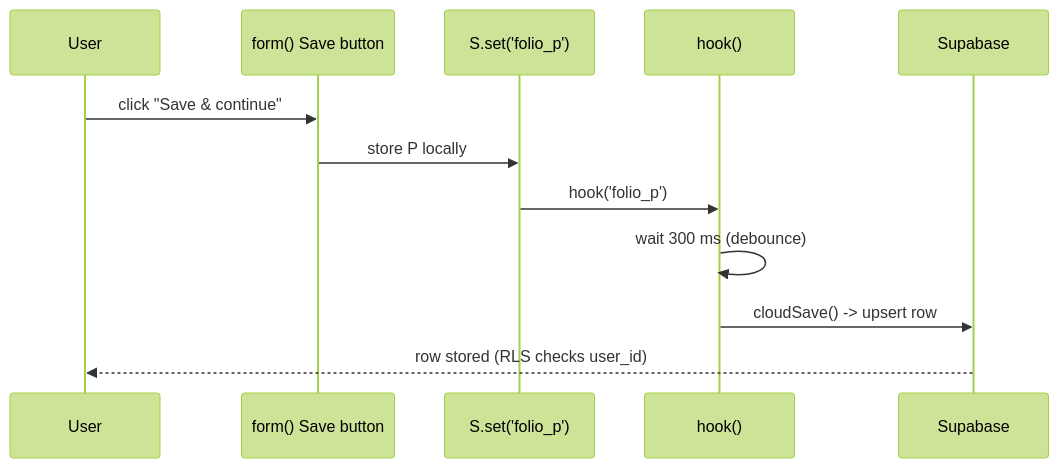
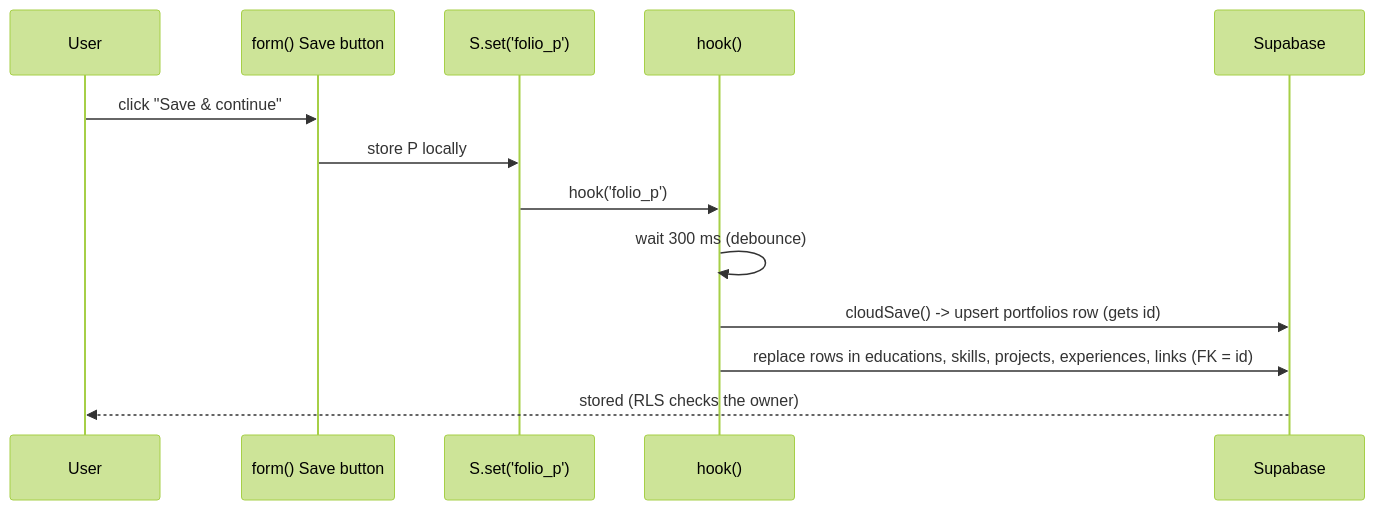
Before and after one commit to parbakurt-cmyk/Folio: the third of 3 diagrams in README.md, drawn with Mermaid (forest theme). The commit also changed other lines of this file, not shown here.

````diff
--- a/README.md
+++ b/README.md
@@ -104,14 +118,15 @@
 ```mermaid
 sequenceDiagram
   participant U as User
   participant F as form() Save button
   participant S as S.set('folio_p')
   participant H as hook()
   participant DB as Supabase
   U->>F: click "Save & continue"
   F->>S: store P locally
   S->>H: hook('folio_p')
   H->>H: wait 300 ms (debounce)
-  H->>DB: cloudSave() -> upsert row
-  DB-->>U: row stored (RLS checks user_id)
+  H->>DB: cloudSave() -> upsert portfolios row (gets id)
+  H->>DB: replace rows in educations, skills, projects, experiences, links (FK = id)
+  DB-->>U: stored (RLS checks the owner)
 ```
````
